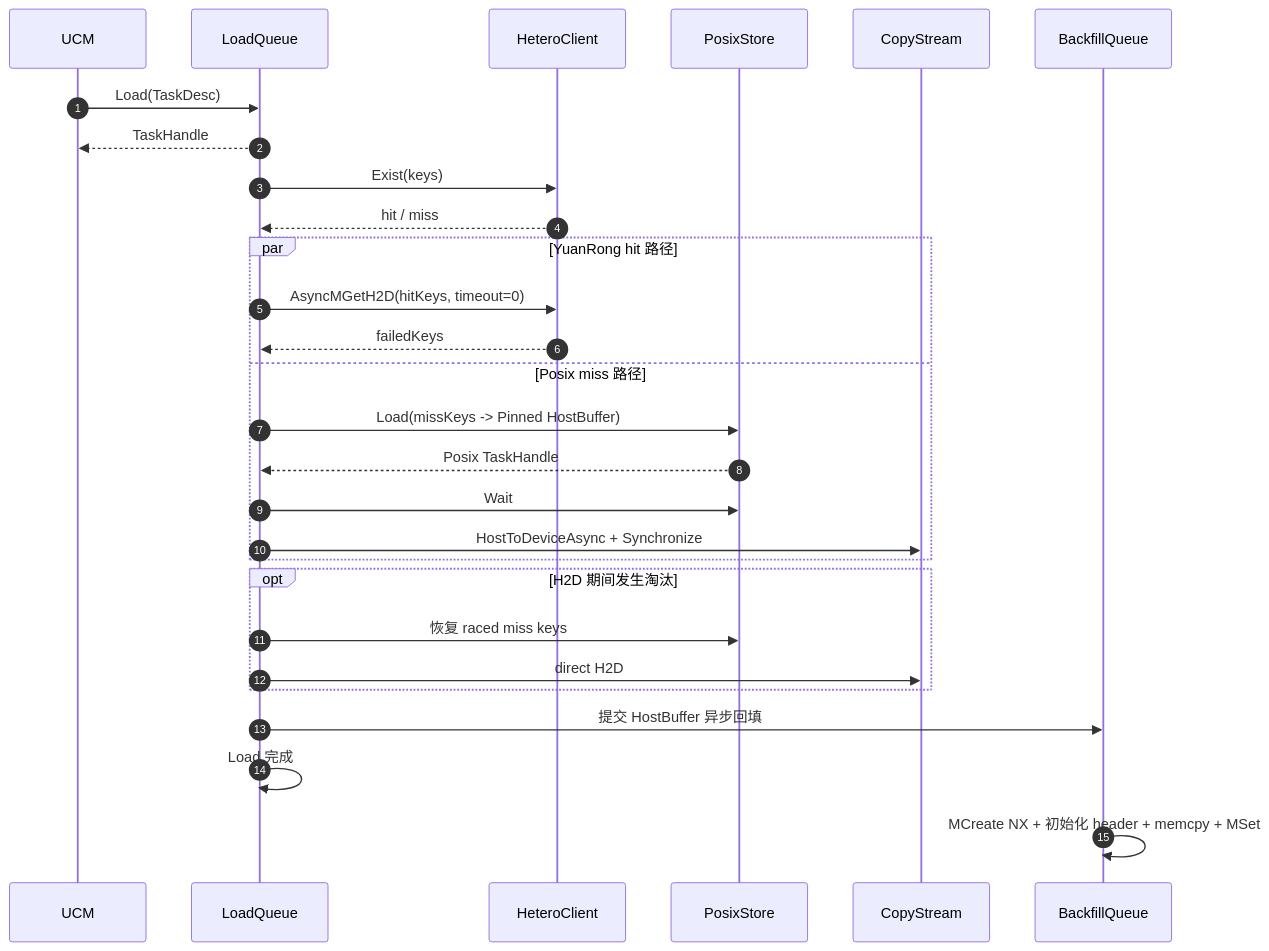
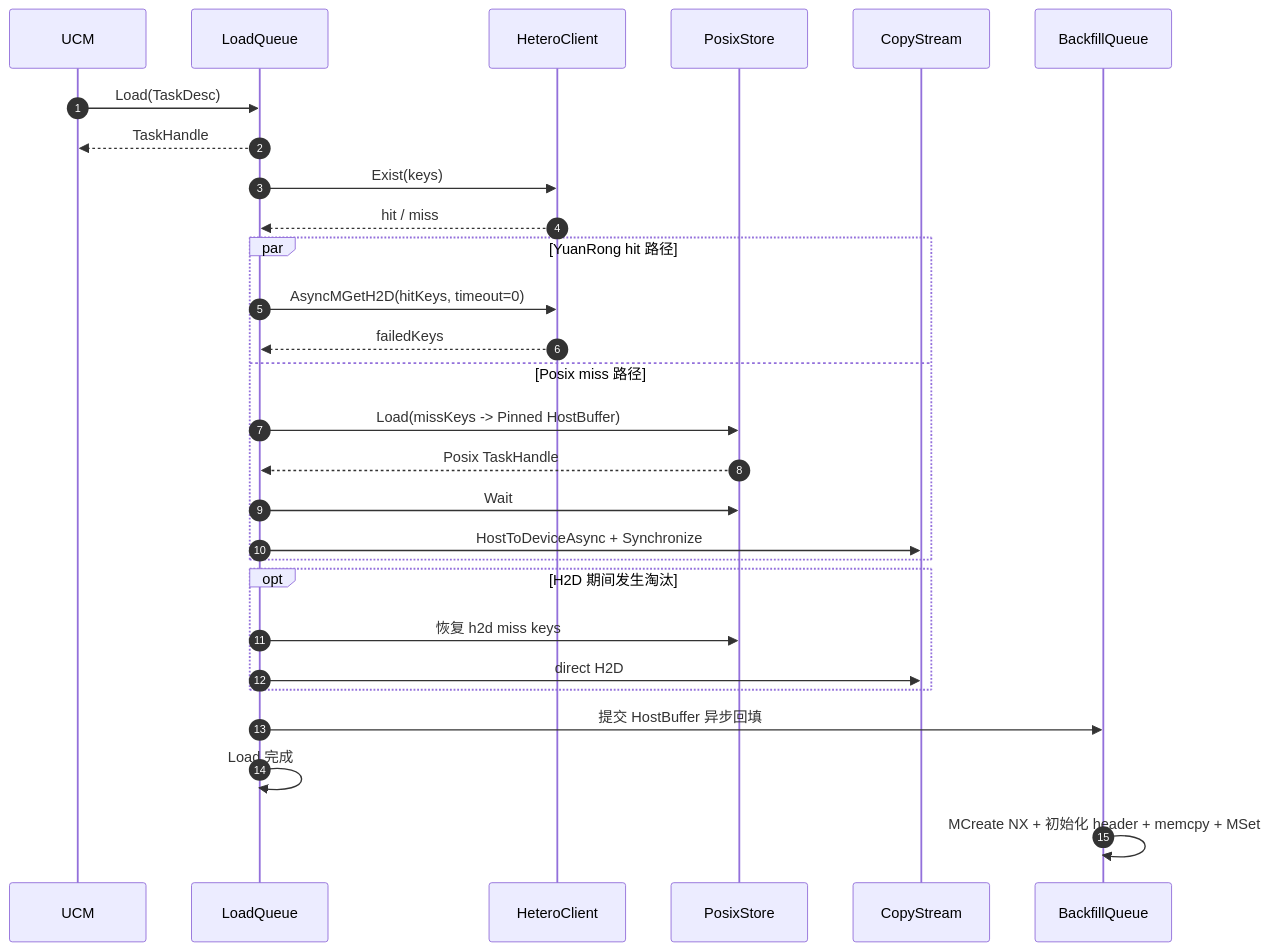
The fourth of 5 diagrams in yuanrong_store_adaptation_design.md (dante159753/unified-cache-management), drawn with Mermaid before and after one commit. The commit also changed other lines of this file and 7 other files, not shown here.

````diff
--- a/yuanrong_store_adaptation_design.md
+++ b/yuanrong_store_adaptation_design.md
@@ -171,34 +171,34 @@
 ```mermaid
 sequenceDiagram
     autonumber
     participant U as UCM
     participant L as LoadQueue
     participant H as HeteroClient
     participant P as PosixStore
     participant C as CopyStream
     participant B as BackfillQueue
 
     U->>L: Load(TaskDesc)
     L-->>U: TaskHandle
     L->>H: Exist(keys)
     H-->>L: hit / miss
 
     par YuanRong hit 路径
         L->>H: AsyncMGetH2D(hitKeys, timeout=0)
         H-->>L: failedKeys
     and Posix miss 路径
         L->>P: Load(missKeys -> Pinned HostBuffer)
         P-->>L: Posix TaskHandle
         L->>P: Wait
         L->>C: HostToDeviceAsync + Synchronize
     end
 
     opt H2D 期间发生淘汰
-        L->>P: 恢复 raced miss keys
+        L->>P: 恢复 h2d miss keys
         L->>C: direct H2D
     end
 
     L->>B: 提交 HostBuffer 异步回填
     L->>L: Load 完成
     B->>B: MCreate NX + 初始化 header + memcpy + MSet
 ```
````
